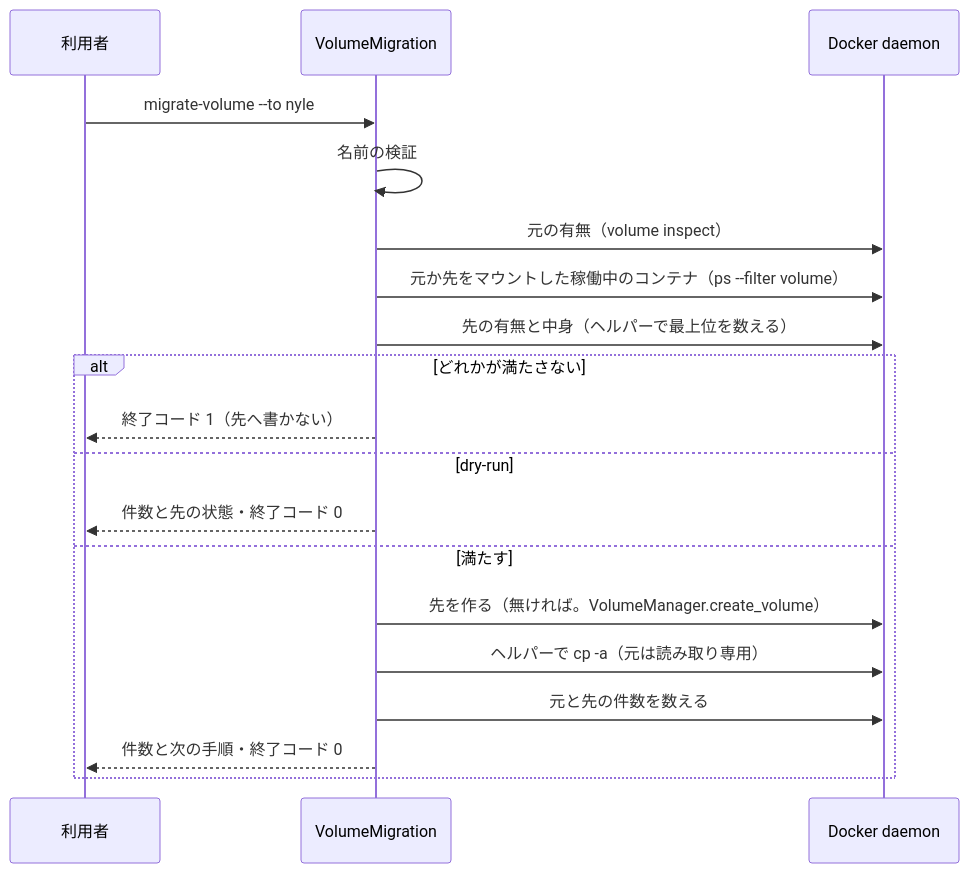
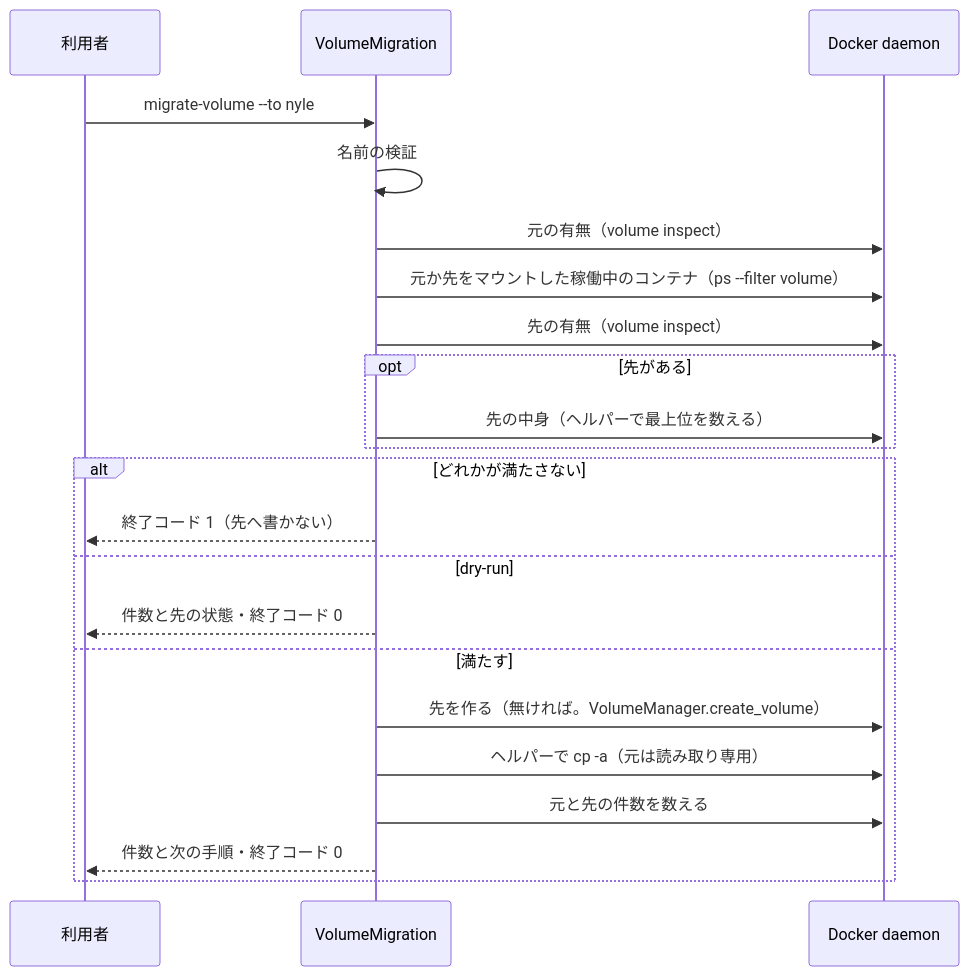
The seventh of 8 diagrams in issues/issue-315-design.md (devbasex/devbase), drawn with Mermaid before and after one commit. The commit also changed other lines of this file, not shown here.

````diff
--- a/issues/issue-315-design.md
+++ b/issues/issue-315-design.md
@@ -462,21 +463,24 @@
 ```mermaid
 sequenceDiagram
     participant U as 利用者
     participant M as VolumeMigration
     participant D as Docker daemon
     U->>M: migrate-volume --to nyle
     M->>M: 名前の検証
     M->>D: 元の有無（volume inspect）
     M->>D: 元か先をマウントした稼働中のコンテナ（ps --filter volume）
-    M->>D: 先の有無と中身（ヘルパーで最上位を数える）
+    M->>D: 先の有無（volume inspect）
+    opt 先がある
+        M->>D: 先の中身（ヘルパーで最上位を数える）
+    end
     alt どれかが満たさない
         M-->>U: 終了コード 1（先へ書かない）
     else dry-run
         M-->>U: 件数と先の状態・終了コード 0
     else 満たす
         M->>D: 先を作る（無ければ。VolumeManager.create_volume）
         M->>D: ヘルパーで cp -a（元は読み取り専用）
         M->>D: 元と先の件数を数える
         M-->>U: 件数と次の手順・終了コード 0
     end
 ```
````
